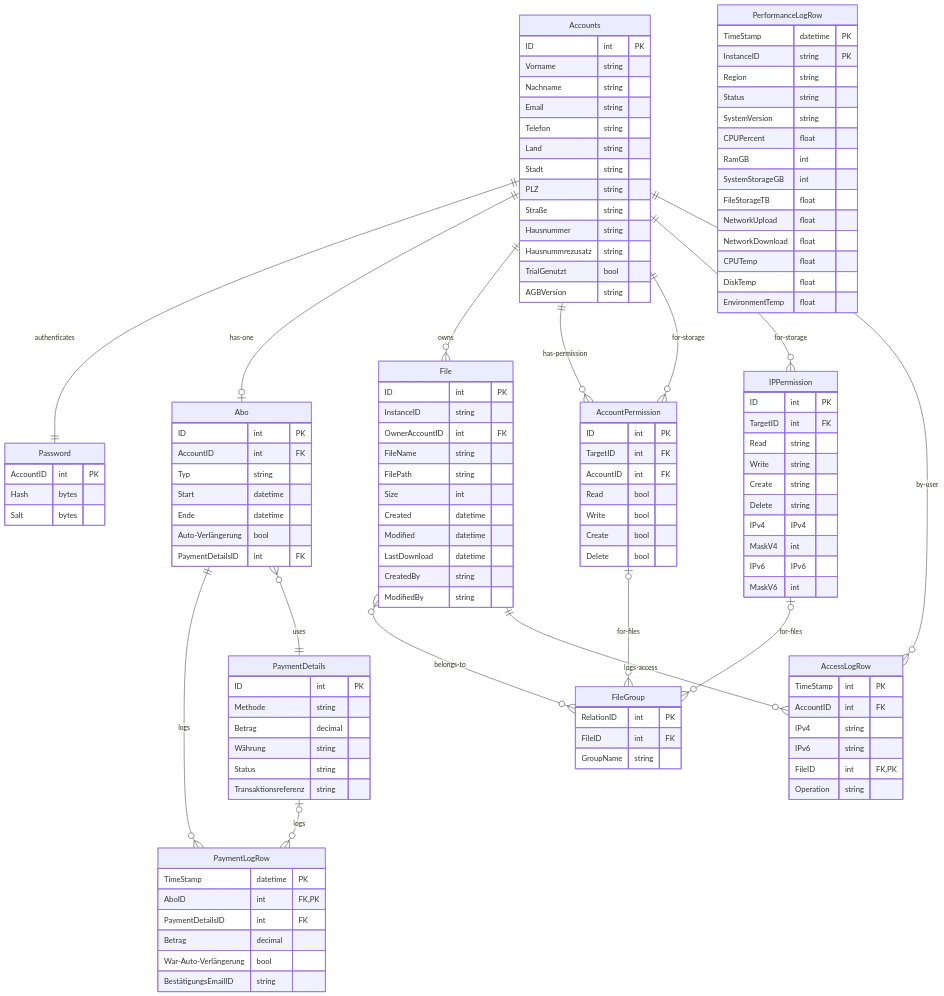
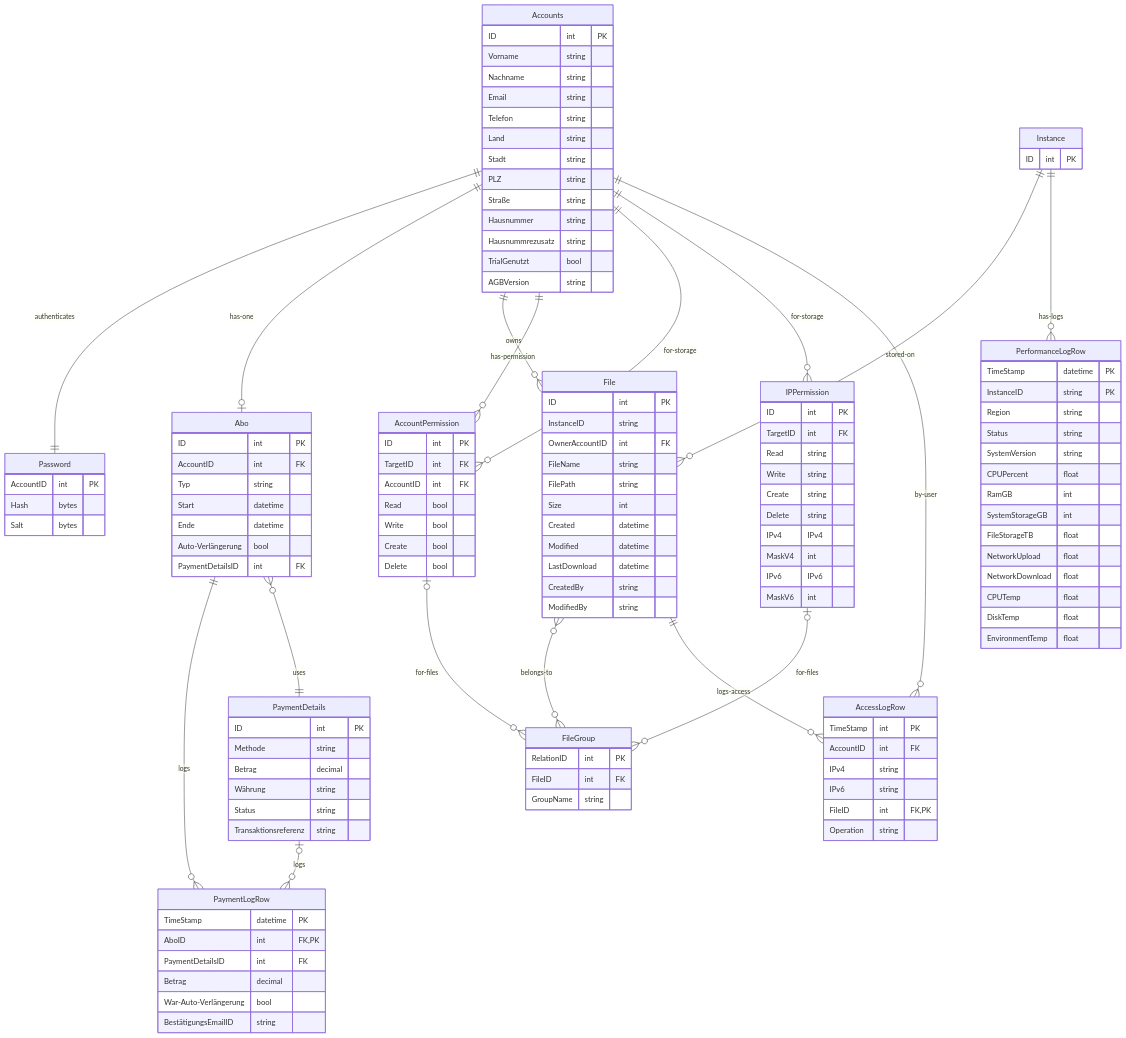
Before and after one commit to FelixBrockwitz-s3005540/DataWarehouse: the diagram in docs/Schemas.md, drawn with Mermaid. The commit also changed other lines of this file, not shown here.

Commit message:
instance hinzufügen

````diff
--- a/docs/Schemas.md
+++ b/docs/Schemas.md
@@ -56,6 +56,10 @@
     }
     
     %% Service DB
+    Instance {
+        ID int PK
+    }
+    
     File {
         ID int PK
         InstanceID string
@@ -134,6 +138,7 @@
     Abo }o--|| PaymentDetails : uses
     PaymentDetails |o--o{ PaymentLogRow : logs
     %% Service DB
+    Instance ||--o{ File : stored-on
     Accounts ||--o{ File : owns
     File }o--o{ FileGroup : belongs-to
     Accounts ||--o{ AccountPermission : has-permission
@@ -142,6 +147,7 @@
     IPPermission |o--o{ FileGroup : for-files
     Accounts ||--o{ IPPermission : for-storage
     %% Logs DB
+    Instance ||--o{ PerformanceLogRow : has-logs
     Accounts ||--o{ AccessLogRow : by-user
     File ||--o{ AccessLogRow : logs-access
 ```
````
